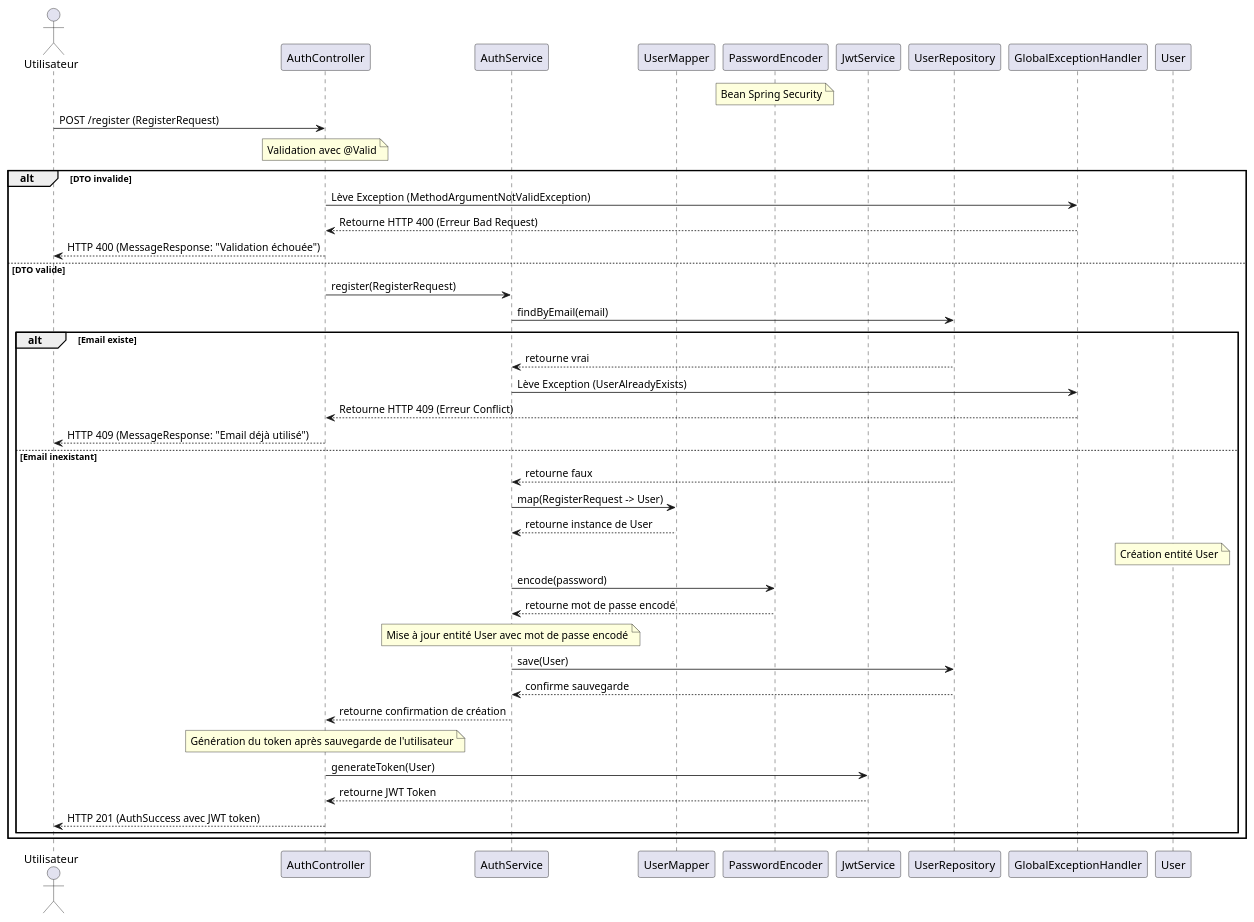
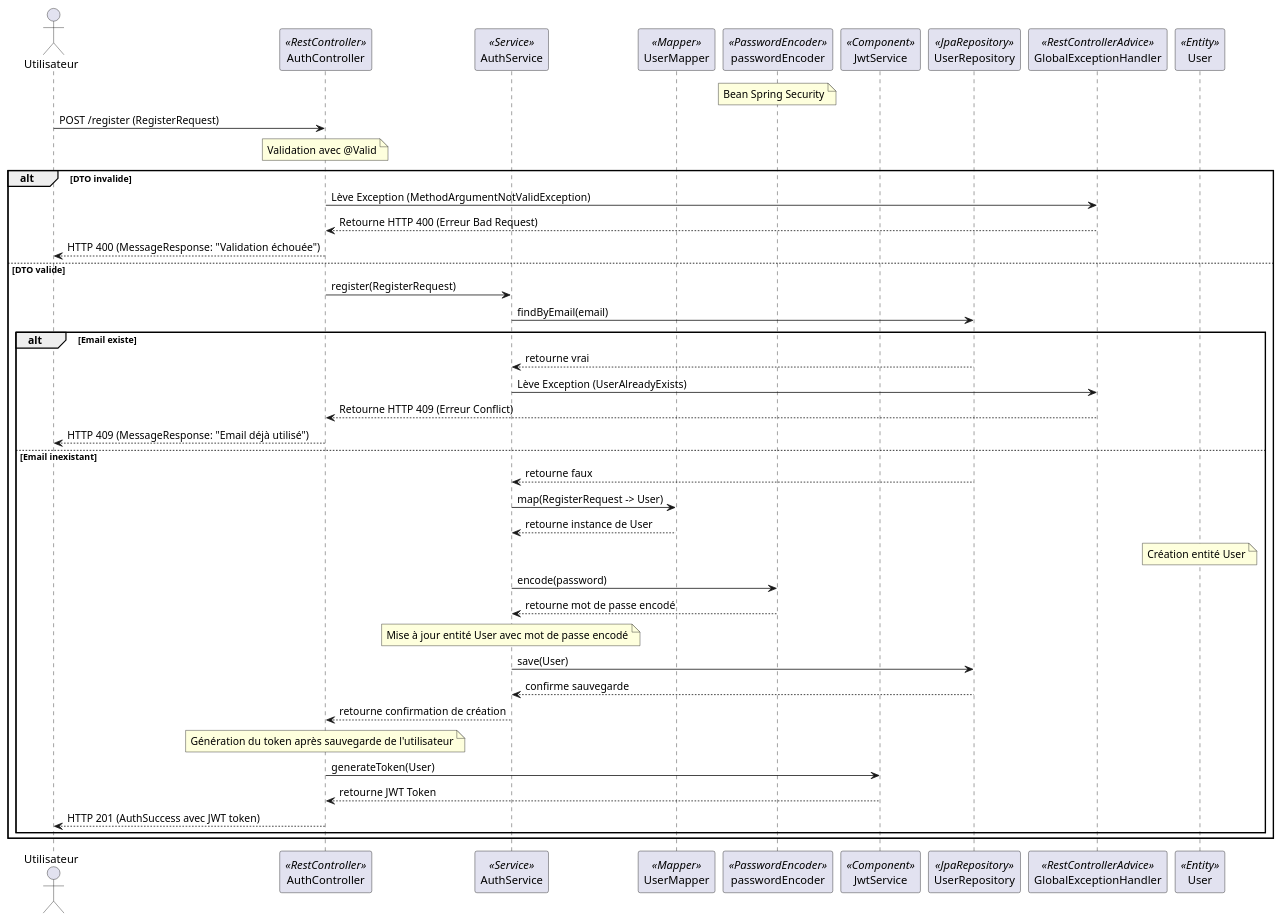
One commit to cpierres/P3-back-spring changed the diagram in assets/docs/diagrams/sequence_diagrams/register_sequence.puml. Above: the diagram before and after it, drawn with PlantUML. The commit also changed 1 other file, not shown here.

Commit message:
Amélioration diagrammes de séquences (interfaces)

```diff
--- a/assets/docs/diagrams/sequence_diagrams/register_sequence.puml
+++ b/assets/docs/diagrams/sequence_diagrams/register_sequence.puml
@@ -1,44 +1,44 @@
 @startuml
 actor Utilisateur
-participant AuthController
-participant AuthService
-participant UserMapper
-participant PasswordEncoder
-note over PasswordEncoder : Bean Spring Security
-participant JwtService
-participant UserRepository
-participant GlobalExceptionHandler
-participant User
+participant AuthController <<RestController>>
+participant AuthService <<Service>>
+participant UserMapper <<Mapper>>
+participant passwordEncoder <<PasswordEncoder>>
+note over passwordEncoder : Bean Spring Security
+participant JwtService <<Component>>
+participant UserRepository <<JpaRepository>>
+participant GlobalExceptionHandler <<RestControllerAdvice>>
+participant User <<Entity>>
 
 Utilisateur -> AuthController : POST /register (RegisterRequest)
 note over AuthController : Validation avec @Valid
 alt DTO invalide
     AuthController -> GlobalExceptionHandler : Lève Exception (MethodArgumentNotValidException)
     GlobalExceptionHandler --> AuthController : Retourne HTTP 400 (Erreur Bad Request)
     AuthController --> Utilisateur : HTTP 400 (MessageResponse: "Validation échouée")
 else DTO valide
     AuthController -> AuthService : register(RegisterRequest)
     AuthService -> UserRepository : findByEmail(email)
     alt Email existe
         UserRepository --> AuthService : retourne vrai
         AuthService -> GlobalExceptionHandler : Lève Exception (UserAlreadyExists)
         GlobalExceptionHandler --> AuthController : Retourne HTTP 409 (Erreur Conflict)
         AuthController --> Utilisateur : HTTP 409 (MessageResponse: "Email déjà utilisé")
     else Email inexistant
         UserRepository --> AuthService : retourne faux
         AuthService -> UserMapper : map(RegisterRequest -> User)
         UserMapper --> AuthService : retourne instance de User
         note over User : Création entité User
-        AuthService -> PasswordEncoder : encode(password)
-        PasswordEncoder --> AuthService : retourne mot de passe encodé
+        AuthService -> passwordEncoder : encode(password)
+        passwordEncoder --> AuthService : retourne mot de passe encodé
         note over AuthService : Mise à jour entité User avec mot de passe encodé
         AuthService -> UserRepository : save(User)
         UserRepository --> AuthService : confirme sauvegarde
         AuthService --> AuthController : retourne confirmation de création
         note over AuthController : Génération du token après sauvegarde de l'utilisateur
         AuthController -> JwtService : generateToken(User)
         JwtService --> AuthController : retourne JWT Token
         AuthController --> Utilisateur : HTTP 201 (AuthSuccess avec JWT token)
     end
 end
 @enduml
```
